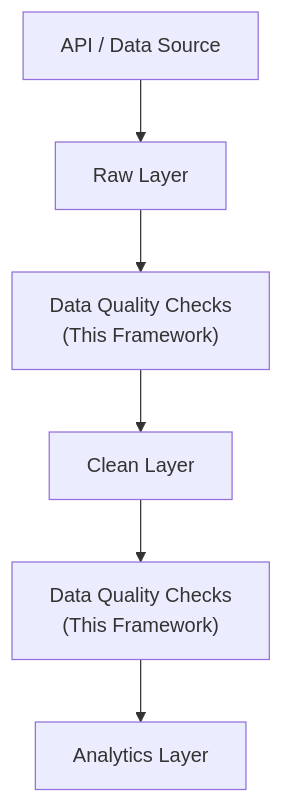
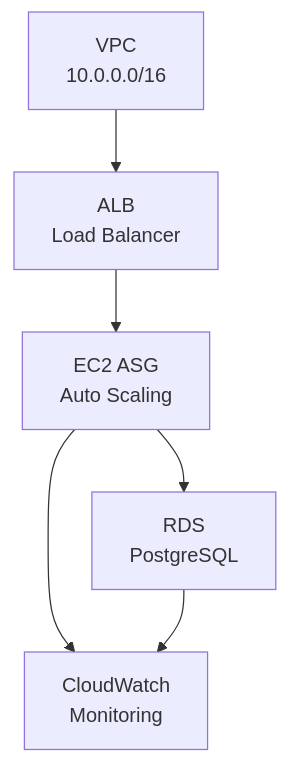
Before and after one commit to GRamos199/data-quality-framework: the second of 2 diagrams in README.md, drawn with Mermaid. The commit also changed other lines of this file and 22 other files, not shown here.

First line of the commit message:
feat: Add Terraform configuration for Data Quality Framework infrastructure

````diff
--- a/README.md
+++ b/README.md
@@ -21,9 +117,14 @@
 ```mermaid
-graph TD
-    A["API / Data Source"] --> B["Raw Layer"]
-    B --> C["Data Quality Checks<br/>(This Framework)"]
-    C --> D["Clean Layer"]
-    D --> E["Data Quality Checks<br/>(This Framework)"]
-    E --> F["Analytics Layer"]
+graph TB
+    A["VPC<br/>10.0.0.0/16"]
+    B["ALB<br/>Load Balancer"]
+    C["EC2 ASG<br/>Auto Scaling"]
+    D["RDS<br/>PostgreSQL"]
+    E["CloudWatch<br/>Monitoring"]
     
+    A --> B
+    B --> C
+    C --> D
+    C --> E
+    D --> E
 ```
````
